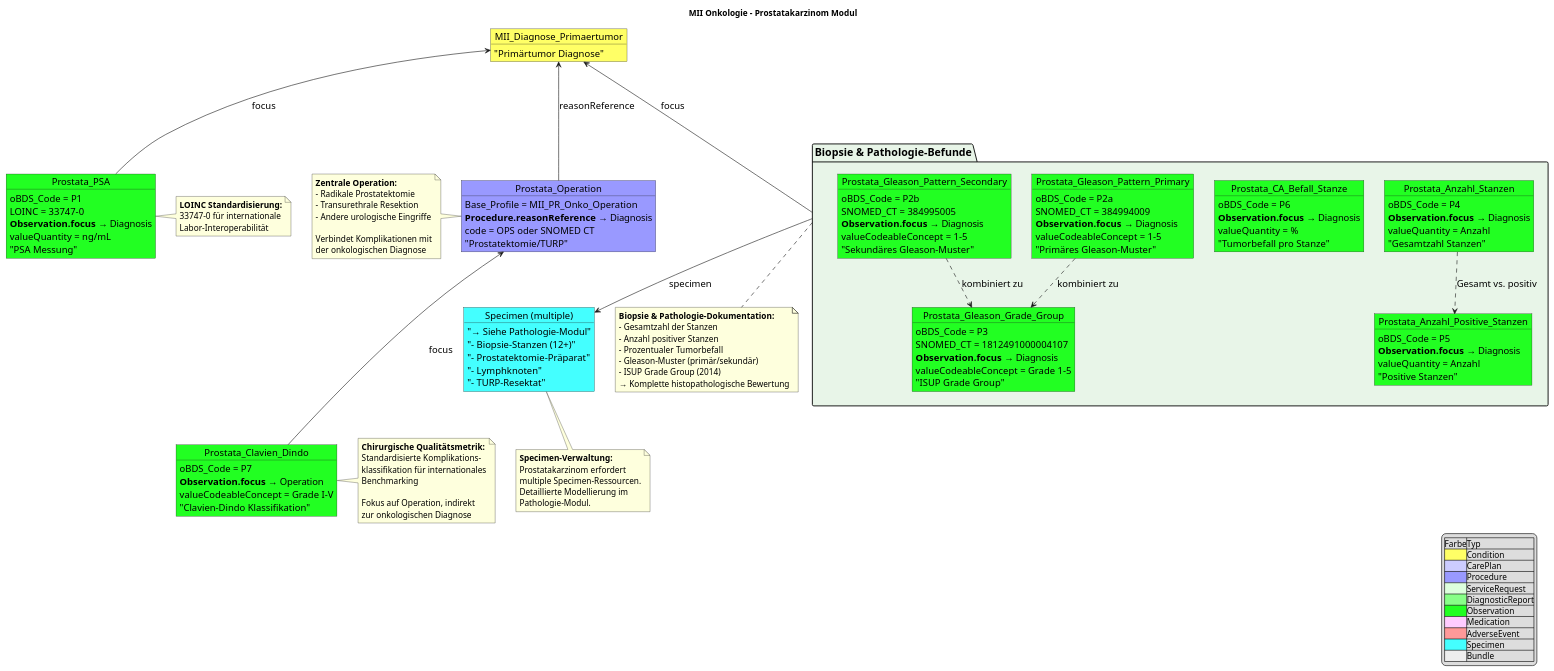
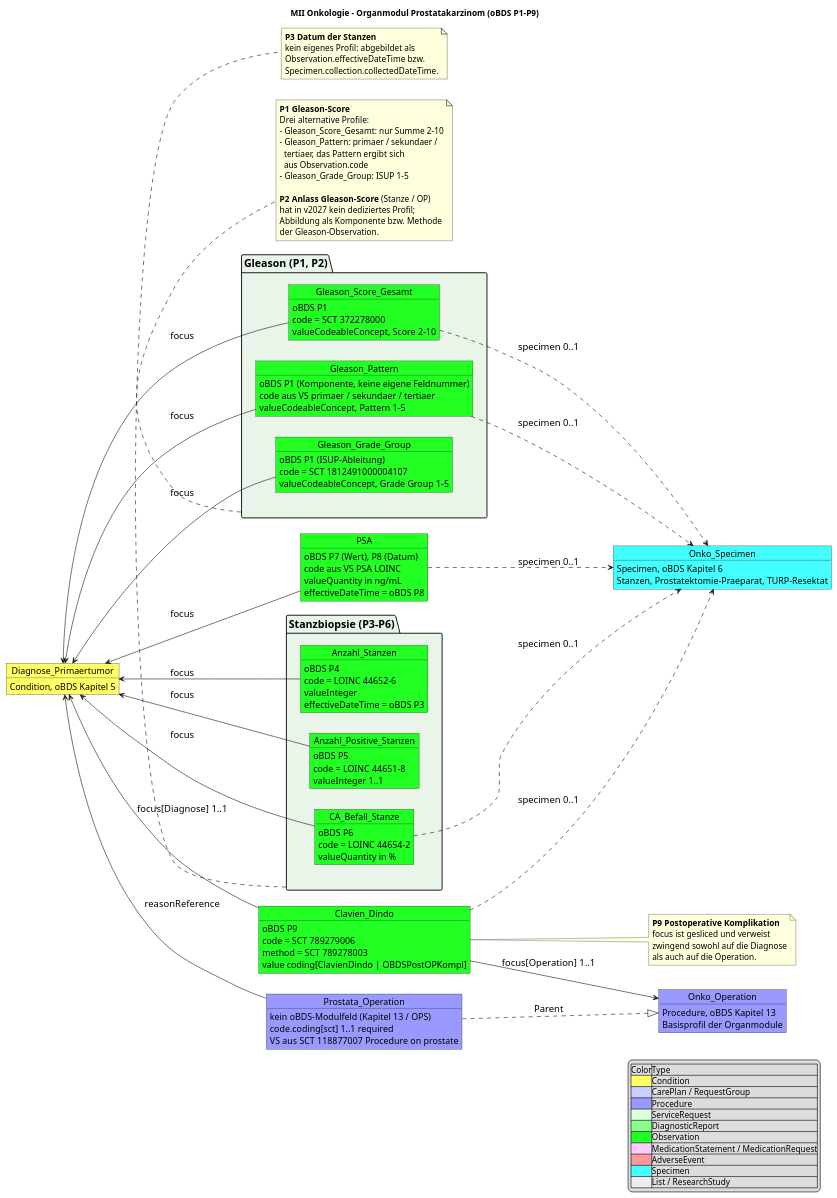
Before and after one commit to medizininformatik-initiative/kerndatensatzmodul-onkologie: the diagram in input/images-source/MII_Onko_Prostata_Module.pu, drawn with PlantUML. The commit also changed 85 other files, not shown here.

First line of the commit message:
fix: Organmodule auf amtliche oBDS-Nummerierung (basisdatensatz.de/XSD als Wahrheit, 5gp)

```diff
--- a/input/images-source/MII_Onko_Prostata_Module.pu
+++ b/input/images-source/MII_Onko_Prostata_Module.pu
@@ -1,165 +1,137 @@
 @startuml MII_Onko_Prostata_Module
-title MII Onkologie - Prostatakarzinom Modul
+title MII Onkologie - Organmodul Prostatakarzinom (oBDS P1-P9)
+left to right direction
 skinparam defaultFontSize 16
-skinparam objectFontSize 16
+skinparam objectFontSize 15
 skinparam packageFontSize 18
 skinparam noteFontSize 14
 
-' Zentrale Diagnose
-object MII_Diagnose_Primaertumor #FFFF66 {
-    "Primärtumor Diagnose"
+' Zentrale Diagnose (oBDS Kapitel 5)
+object Diagnose_Primaertumor [[StructureDefinition-mii-pr-onko-diagnose-primaertumor.html]] #FFFF66
+Diagnose_Primaertumor : Condition, oBDS Kapitel 5
+
+' Basisprofil Operation (oBDS Kapitel 13)
+object Onko_Operation [[StructureDefinition-mii-pr-onko-operation.html]] #9999FF
+Onko_Operation : Procedure, oBDS Kapitel 13
+Onko_Operation : Basisprofil der Organmodule
+
+object Prostata_Operation [[StructureDefinition-mii-pr-onko-prostata-operation.html]] #9999FF
+Prostata_Operation : kein oBDS-Modulfeld (Kapitel 13 / OPS)
+Prostata_Operation : code.coding[sct] 1..1 required
+Prostata_Operation : VS aus SCT 118877007 Procedure on prostate
+
+package "Gleason (P1, P2)" as gleason #E8F5E8 {
+    object Gleason_Score_Gesamt [[StructureDefinition-mii-pr-onko-prostate-gleason-score-gesamt.html]] #22FF22
+    Gleason_Score_Gesamt : oBDS P1
+    Gleason_Score_Gesamt : code = SCT 372278000
+    Gleason_Score_Gesamt : valueCodeableConcept, Score 2-10
+
+    object Gleason_Pattern [[StructureDefinition-mii-pr-onko-prostate-gleason-patterns.html]] #22FF22
+    Gleason_Pattern : oBDS P1 (Komponente, keine eigene Feldnummer)
+    Gleason_Pattern : code aus VS primaer / sekundaer / tertiaer
+    Gleason_Pattern : valueCodeableConcept, Pattern 1-5
+
+    object Gleason_Grade_Group [[StructureDefinition-mii-pr-onko-prostate-gleason-grade-group.html]] #22FF22
+    Gleason_Grade_Group : oBDS P1 (ISUP-Ableitung)
+    Gleason_Grade_Group : code = SCT 1812491000004107
+    Gleason_Grade_Group : valueCodeableConcept, Grade Group 1-5
 }
 
-' PSA als zentraler Marker
-object Prostata_PSA #22FF22 {
-    oBDS_Code = P1
-    LOINC = 33747-0
-    **Observation.focus** → Diagnosis
-    valueQuantity = ng/mL
-    "PSA Messung"
+package "Stanzbiopsie (P3-P6)" as biopsie #E8F5E8 {
+    object Anzahl_Stanzen [[StructureDefinition-mii-pr-onko-prostate-anzahl-stanzen.html]] #22FF22
+    Anzahl_Stanzen : oBDS P4
+    Anzahl_Stanzen : code = LOINC 44652-6
+    Anzahl_Stanzen : valueInteger
+    Anzahl_Stanzen : effectiveDateTime = oBDS P3
+
+    object Anzahl_Positive_Stanzen [[StructureDefinition-mii-pr-onko-prostate-anzahl-positive-stanzen.html]] #22FF22
+    Anzahl_Positive_Stanzen : oBDS P5
+    Anzahl_Positive_Stanzen : code = LOINC 44651-8
+    Anzahl_Positive_Stanzen : valueInteger 1..1
+
+    object CA_Befall_Stanze [[StructureDefinition-mii-pr-onko-prostate-ca-befall-stanze.html]] #22FF22
+    CA_Befall_Stanze : oBDS P6
+    CA_Befall_Stanze : code = LOINC 44654-2
+    CA_Befall_Stanze : valueQuantity in %
 }
 
-' Zentrale Operation
-object Prostata_Operation #9999FF {
-    Base_Profile = MII_PR_Onko_Operation
-    **Procedure.reasonReference** → Diagnosis
-    code = OPS oder SNOMED CT
-    "Prostatektomie/TURP"
-}
+object PSA [[StructureDefinition-mii-pr-onko-prostate-psa.html]] #22FF22
+PSA : oBDS P7 (Wert), P8 (Datum)
+PSA : code aus VS PSA LOINC
+PSA : valueQuantity in ng/mL
+PSA : effectiveDateTime = oBDS P8
 
-' Biopsie und Pathologie-Befunde gruppieren
-package "Biopsie & Pathologie-Befunde" as biopsy #E8F5E8 {
-    object Prostata_Anzahl_Stanzen #22FF22 {
-        oBDS_Code = P4
-        **Observation.focus** → Diagnosis
-        valueQuantity = Anzahl
-        "Gesamtzahl Stanzen"
-    }
+object Clavien_Dindo [[StructureDefinition-mii-pr-onko-prostate-clavien-dindo.html]] #22FF22
+Clavien_Dindo : oBDS P9
+Clavien_Dindo : code = SCT 789279006
+Clavien_Dindo : method = SCT 789278003
+Clavien_Dindo : value coding[ClavienDindo | OBDSPostOPKompl]
 
-    object Prostata_Anzahl_Positive_Stanzen #22FF22 {
-        oBDS_Code = P5
-        **Observation.focus** → Diagnosis
-        valueQuantity = Anzahl
-        "Positive Stanzen"
-    }
+object Onko_Specimen [[StructureDefinition-mii-pr-onko-specimen.html]] #44FFFF
+Onko_Specimen : Specimen, oBDS Kapitel 6
+Onko_Specimen : Stanzen, Prostatektomie-Praeparat, TURP-Resektat
 
-    object Prostata_CA_Befall_Stanze #22FF22 {
-        oBDS_Code = P6
-        **Observation.focus** → Diagnosis
-        valueQuantity = %
-        "Tumorbefall pro Stanze"
-    }
-    
-    object Prostata_Gleason_Pattern_Primary #22FF22 {
-        oBDS_Code = P2a
-        SNOMED_CT = 384994009
-        **Observation.focus** → Diagnosis
-        valueCodeableConcept = 1-5
-        "Primäres Gleason-Muster"
-    }
+' Referenzen gemaess FSH-Profilen
+Diagnose_Primaertumor <-- Gleason_Score_Gesamt : focus
+Diagnose_Primaertumor <-- Gleason_Pattern : focus
+Diagnose_Primaertumor <-- Gleason_Grade_Group : focus
+Diagnose_Primaertumor <-- Anzahl_Stanzen : focus
+Diagnose_Primaertumor <-- Anzahl_Positive_Stanzen : focus
+Diagnose_Primaertumor <-- CA_Befall_Stanze : focus
+Diagnose_Primaertumor <-- PSA : focus
+Diagnose_Primaertumor <-- Clavien_Dindo : focus[Diagnose] 1..1
 
-    object Prostata_Gleason_Pattern_Secondary #22FF22 {
-        oBDS_Code = P2b  
-        SNOMED_CT = 384995005
-        **Observation.focus** → Diagnosis
-        valueCodeableConcept = 1-5
-        "Sekundäres Gleason-Muster"
-    }
+Prostata_Operation .down.|> Onko_Operation : Parent
+Diagnose_Primaertumor <-- Prostata_Operation : reasonReference
+Clavien_Dindo -down-> Onko_Operation : focus[Operation] 1..1
 
-    object Prostata_Gleason_Grade_Group #22FF22 {
-        oBDS_Code = P3
-        SNOMED_CT = 1812491000004107
-        **Observation.focus** → Diagnosis
-        valueCodeableConcept = Grade 1-5
-        "ISUP Grade Group"
-    }
-}
+Gleason_Score_Gesamt .down.> Onko_Specimen : specimen 0..1
+Gleason_Pattern .down.> Onko_Specimen : specimen 0..1
+CA_Befall_Stanze .down.> Onko_Specimen : specimen 0..1
+PSA .down.> Onko_Specimen : specimen 0..1
+Clavien_Dindo .down.> Onko_Specimen : specimen 0..1
 
-' Postoperative Komplikationen
-object Prostata_Clavien_Dindo #22FF22 {
-    oBDS_Code = P7
-    **Observation.focus** → Operation
-    valueCodeableConcept = Grade I-V
-    "Clavien-Dindo Klassifikation"
-}
+note bottom of gleason
+**P1 Gleason-Score**
+Drei alternative Profile:
+- Gleason_Score_Gesamt: nur Summe 2-10
+- Gleason_Pattern: primaer / sekundaer /
+  tertiaer, das Pattern ergibt sich
+  aus Observation.code
+- Gleason_Grade_Group: ISUP 1-5
 
-' Specimen-Verweis
-object "Specimen (multiple)" as specimens #44FFFF {
-    "→ Siehe Pathologie-Modul"
-    "- Biopsie-Stanzen (12+)"
-    "- Prostatektomie-Präparat"
-    "- Lymphknoten"
-    "- TURP-Resektat"
-}
+**P2 Anlass Gleason-Score** (Stanze / OP)
+hat in v2027 kein dediziertes Profil;
+Abbildung als Komponente bzw. Methode
+der Gleason-Observation.
+end note
 
-' Beziehungen
-MII_Diagnose_Primaertumor <--- Prostata_PSA : focus
-MII_Diagnose_Primaertumor <--- biopsy : focus
-MII_Diagnose_Primaertumor <--- Prostata_Operation : reasonReference
-Prostata_Operation <--- Prostata_Clavien_Dindo : focus
+note bottom of biopsie
+**P3 Datum der Stanzen**
+kein eigenes Profil: abgebildet als
+Observation.effectiveDateTime bzw.
+Specimen.collection.collectedDateTime.
+end note
 
-' Klinische Logik
-Prostata_Gleason_Pattern_Primary ..> Prostata_Gleason_Grade_Group : "kombiniert zu"
-Prostata_Gleason_Pattern_Secondary ..> Prostata_Gleason_Grade_Group : "kombiniert zu"
-Prostata_Anzahl_Stanzen ..> Prostata_Anzahl_Positive_Stanzen : "Gesamt vs. positiv"
-biopsy --> specimens : specimen
+note right of Clavien_Dindo
+**P9 Postoperative Komplikation**
+focus ist gesliced und verweist
+zwingend sowohl auf die Diagnose
+als auch auf die Operation.
+end note
 
-legend right 
-|Farbe|Typ|
+legend right
+|Color|Type|
 |<#FFFF66>|Condition|
-|<#CCCCFF>|CarePlan|
+|<#CCCCFF>|CarePlan / RequestGroup|
 |<#9999FF>|Procedure|
 |<#DDFFDD>|ServiceRequest|
 |<#88FF88>|DiagnosticReport|
 |<#22FF22>|Observation|
-|<#FFCCFF>|Medication|
+|<#FFCCFF>|MedicationStatement / MedicationRequest|
 |<#FF9999>|AdverseEvent|
 |<#44FFFF>|Specimen|
-|<#EEEEEE>|Bundle|
+|<#EEEEEE>|List / ResearchStudy|
 endlegend
 
-note right of Prostata_PSA
-**LOINC Standardisierung:**
-33747-0 für internationale
-Labor-Interoperabilität
-end note
-
-note left of Prostata_Operation
-**Zentrale Operation:**
-- Radikale Prostatektomie
-- Transurethrale Resektion
-- Andere urologische Eingriffe
-
-Verbindet Komplikationen mit
-der onkologischen Diagnose
-end note
-
-note bottom of biopsy
-**Biopsie & Pathologie-Dokumentation:**
-- Gesamtzahl der Stanzen
-- Anzahl positiver Stanzen  
-- Prozentualer Tumorbefall
-- Gleason-Muster (primär/sekundär)
-- ISUP Grade Group (2014)
-→ Komplette histopathologische Bewertung
-end note
-
-note right of Prostata_Clavien_Dindo
-**Chirurgische Qualitätsmetrik:**
-Standardisierte Komplikations-
-klassifikation für internationales
-Benchmarking
-
-Fokus auf Operation, indirekt
-zur onkologischen Diagnose
-end note
-
-note bottom of specimens
-**Specimen-Verwaltung:**
-Prostatakarzinom erfordert
-multiple Specimen-Ressourcen.
-Detaillierte Modellierung im
-Pathologie-Modul.
-end note
-
 @enduml
```
